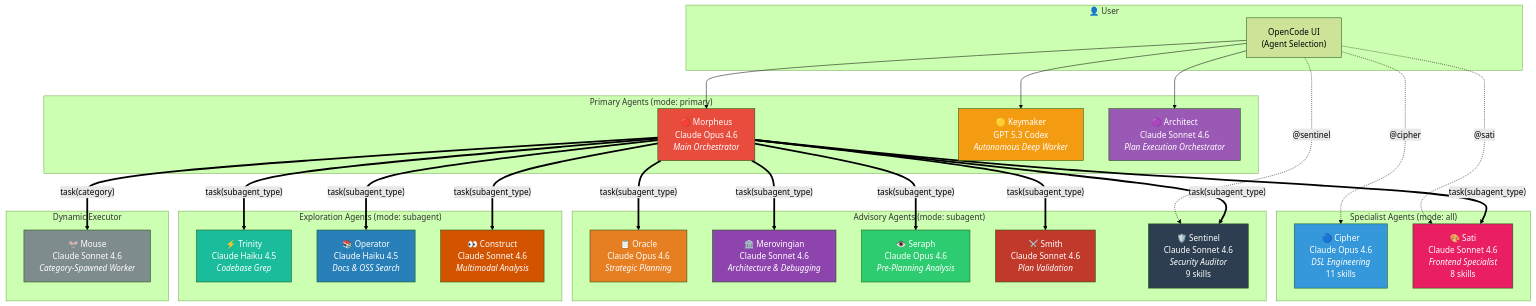
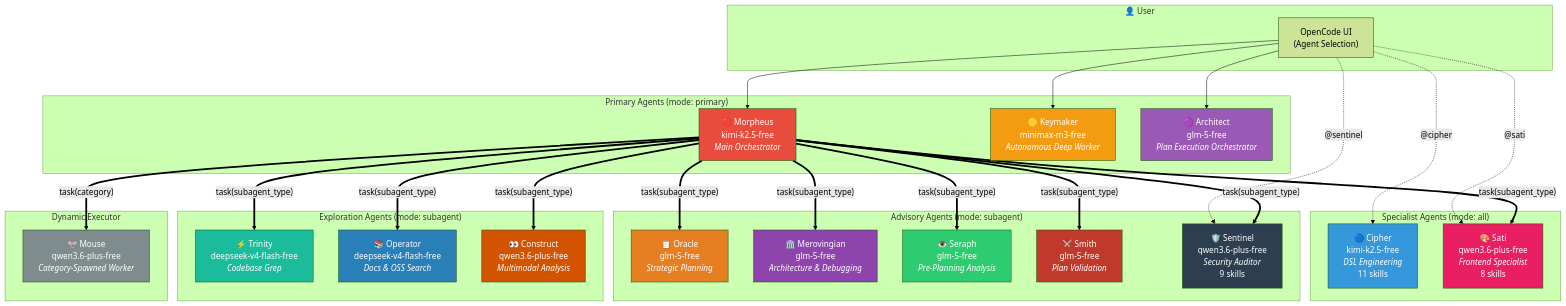
The first of 7 diagrams in docs/agents.md (klpanagi/opencode-matrixx), drawn with Mermaid (forest theme) before and after one commit. The commit also changed other lines of this file and 5 other files, not shown here.

````diff
--- a/docs/agents.md
+++ b/docs/agents.md
@@ -372,68 +374,68 @@
 ```mermaid
 graph TB
     subgraph USER["👤 User"]
         UI["OpenCode UI<br/>(Agent Selection)"]
     end
 
     subgraph PRIMARY["Primary Agents (mode: primary)"]
-        MOR["🔴 Morpheus<br/>Claude Opus 4.6<br/><i>Main Orchestrator</i>"]
-        KEY["🟡 Keymaker<br/>GPT 5.3 Codex<br/><i>Autonomous Deep Worker</i>"]
-        ARC["🟣 Architect<br/>Claude Sonnet 4.6<br/><i>Plan Execution Orchestrator</i>"]
+        MOR["🔴 Morpheus<br/>kimi-k2.5-free<br/><i>Main Orchestrator</i>"]
+        KEY["🟡 Keymaker<br/>minimax-m3-free<br/><i>Autonomous Deep Worker</i>"]
+        ARC["🟣 Architect<br/>glm-5-free<br/><i>Plan Execution Orchestrator</i>"]
     end
 
     subgraph SPECIALIST["Specialist Agents (mode: all)"]
-        CIP["🔵 Cipher<br/>Claude Opus 4.6<br/><i>DSL Engineering</i><br/>11 skills"]
-        SAT["🎨 Sati<br/>Claude Sonnet 4.6<br/><i>Frontend Specialist</i><br/>8 skills"]
+        CIP["🔵 Cipher<br/>kimi-k2.5-free<br/><i>DSL Engineering</i><br/>11 skills"]
+        SAT["🎨 Sati<br/>qwen3.6-plus-free<br/><i>Frontend Specialist</i><br/>8 skills"]
     end
 
     subgraph ADVISORS["Advisory Agents (mode: subagent)"]
-        ORA["📋 Oracle<br/>Claude Opus 4.6<br/><i>Strategic Planning</i>"]
-        MER["🏛️ Merovingian<br/>Claude Sonnet 4.6<br/><i>Architecture & Debugging</i>"]
-        SER["👁️ Seraph<br/>Claude Opus 4.6<br/><i>Pre-Planning Analysis</i>"]
-        SMI["⚔️ Smith<br/>Claude Sonnet 4.6<br/><i>Plan Validation</i>"]
-        SEN["🛡️ Sentinel<br/>Claude Sonnet 4.6<br/><i>Security Auditor</i><br/>9 skills"]
+        ORA["📋 Oracle<br/>glm-5-free<br/><i>Strategic Planning</i>"]
+        MER["🏛️ Merovingian<br/>glm-5-free<br/><i>Architecture & Debugging</i>"]
+        SER["👁️ Seraph<br/>glm-5-free<br/><i>Pre-Planning Analysis</i>"]
+        SMI["⚔️ Smith<br/>glm-5-free<br/><i>Plan Validation</i>"]
+        SEN["🛡️ Sentinel<br/>qwen3.6-plus-free<br/><i>Security Auditor</i><br/>9 skills"]
     end
 
     subgraph EXPLORERS["Exploration Agents (mode: subagent)"]
-        TRI["⚡ Trinity<br/>Claude Haiku 4.5<br/><i>Codebase Grep</i>"]
-        OPR["📚 Operator<br/>Claude Haiku 4.5<br/><i>Docs & OSS Search</i>"]
-        CON["👀 Construct<br/>Claude Sonnet 4.6<br/><i>Multimodal Analysis</i>"]
+        TRI["⚡ Trinity<br/>deepseek-v4-flash-free<br/><i>Codebase Grep</i>"]
+        OPR["📚 Operator<br/>deepseek-v4-flash-free<br/><i>Docs & OSS Search</i>"]
+        CON["👀 Construct<br/>qwen3.6-plus-free<br/><i>Multimodal Analysis</i>"]
     end
 
     subgraph EXECUTOR["Dynamic Executor"]
-        MOU["🐭 Mouse<br/>Claude Sonnet 4.6<br/><i>Category-Spawned Worker</i>"]
+        MOU["🐭 Mouse<br/>qwen3.6-plus-free<br/><i>Category-Spawned Worker</i>"]
     end
 
     UI --> MOR
     UI --> KEY
     UI --> ARC
     UI -.->|"@cipher"| CIP
     UI -.->|"@sati"| SAT
     UI -.->|"@sentinel"| SEN
 
     MOR ==>|"task(subagent_type)"| ORA
     MOR ==>|"task(subagent_type)"| MER
     MOR ==>|"task(subagent_type)"| SER
     MOR ==>|"task(subagent_type)"| SMI
     MOR ==>|"task(subagent_type)"| SAT
     MOR ==>|"task(subagent_type)"| SEN
     MOR ==>|"task(subagent_type)"| TRI
     MOR ==>|"task(subagent_type)"| OPR
     MOR ==>|"task(subagent_type)"| CON
     MOR ==>|"task(category)"| MOU
 
     style MOR fill:#e74c3c,color:#fff
     style KEY fill:#f39c12,color:#fff
     style ARC fill:#9b59b6,color:#fff
     style CIP fill:#3498db,color:#fff
     style ORA fill:#e67e22,color:#fff
     style MER fill:#8e44ad,color:#fff
     style SER fill:#2ecc71,color:#fff
     style SMI fill:#c0392b,color:#fff
     style TRI fill:#1abc9c,color:#fff
     style OPR fill:#2980b9,color:#fff
     style CON fill:#d35400,color:#fff
     style SAT fill:#e91e63,color:#fff
     style SEN fill:#2c3e50,color:#fff
     style MOU fill:#7f8c8d,color:#fff
 ```
````
